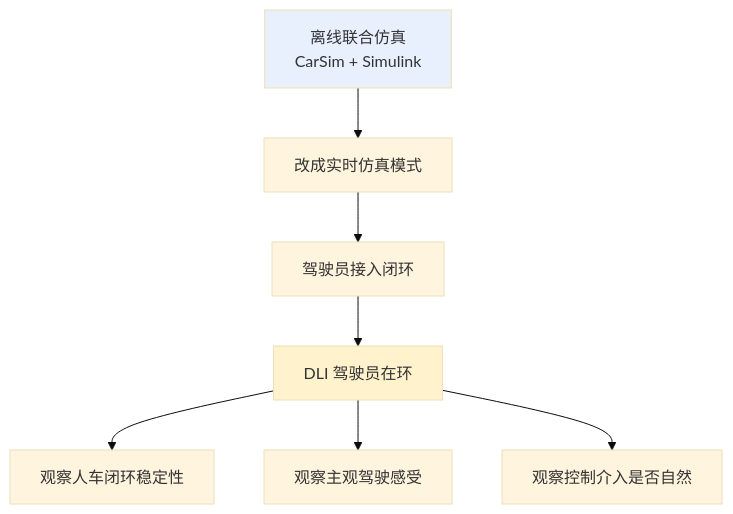
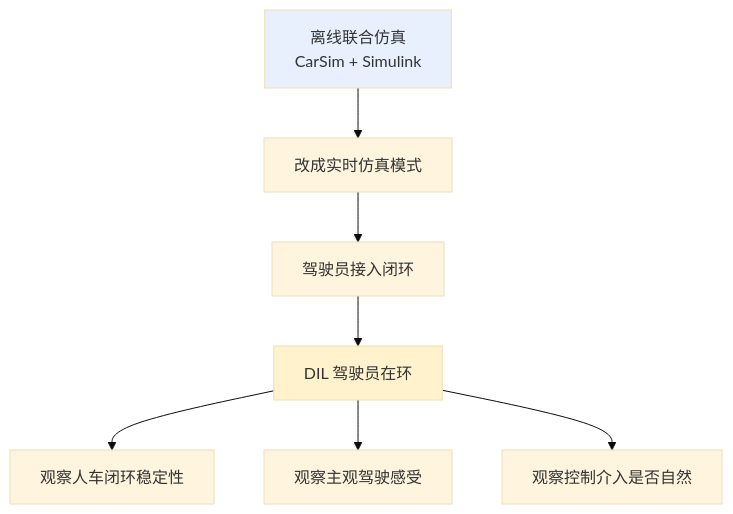
The sixth of 15 diagrams in DYC_设计流程说明.md (onebulletkick/Control_EVO_FSAE_CN), drawn with Mermaid (base theme) before and after one commit. The commit also changed other lines of this file and 7 other files, not shown here.

Commit message:
docs(readme): add quickstart diagrams

````diff
--- a/DYC_设计流程说明.md
+++ b/DYC_设计流程说明.md
@@ -164,13 +164,13 @@
 ```mermaid
 flowchart TD
     offline["离线联合仿真<br/>CarSim + Simulink"] --> realtime["改成实时仿真模式"]
     realtime --> human["驾驶员接入闭环"]
-    human --> dli["DLI 驾驶员在环"]
+    human --> dil["DIL 驾驶员在环"]
 
-    dli --> eval1["观察人车闭环稳定性"]
-    dli --> eval2["观察主观驾驶感受"]
-    dli --> eval3["观察控制介入是否自然"]
+    dil --> eval1["观察人车闭环稳定性"]
+    dil --> eval2["观察主观驾驶感受"]
+    dil --> eval3["观察控制介入是否自然"]
 
     style offline fill:#e8f0fe
-    style dli fill:#fff2cc
+    style dil fill:#fff2cc
 ```
````
